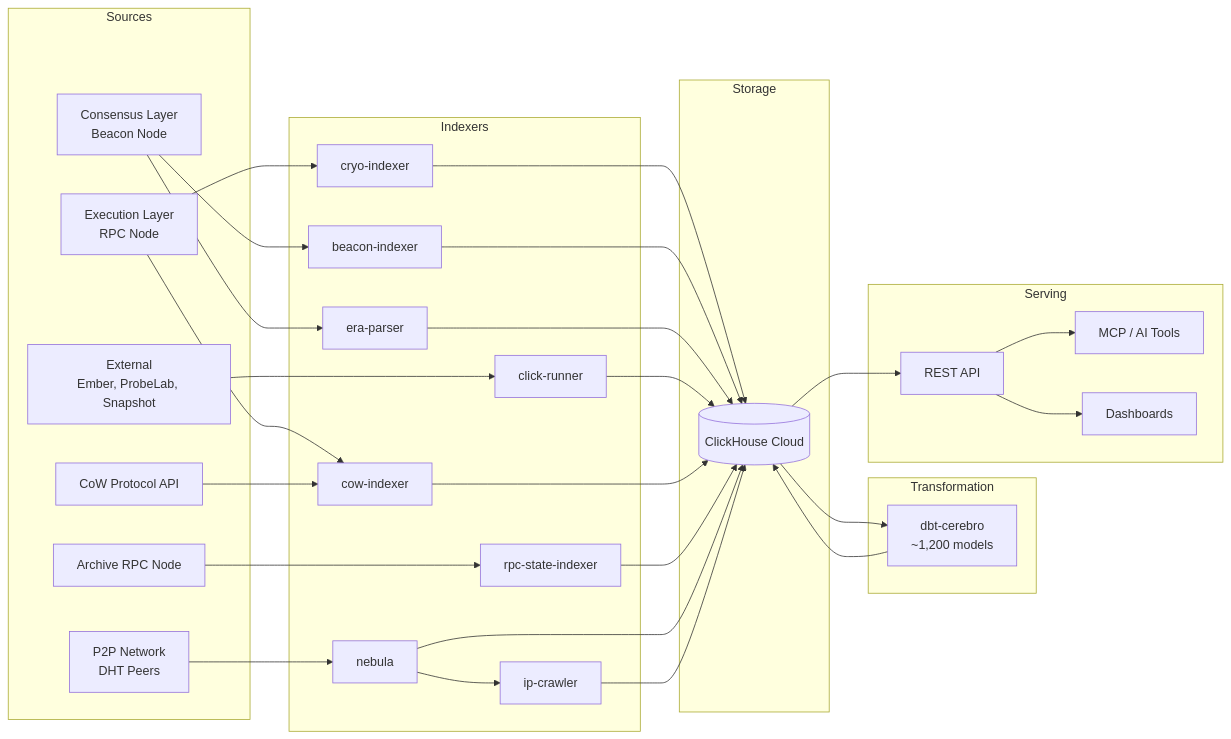
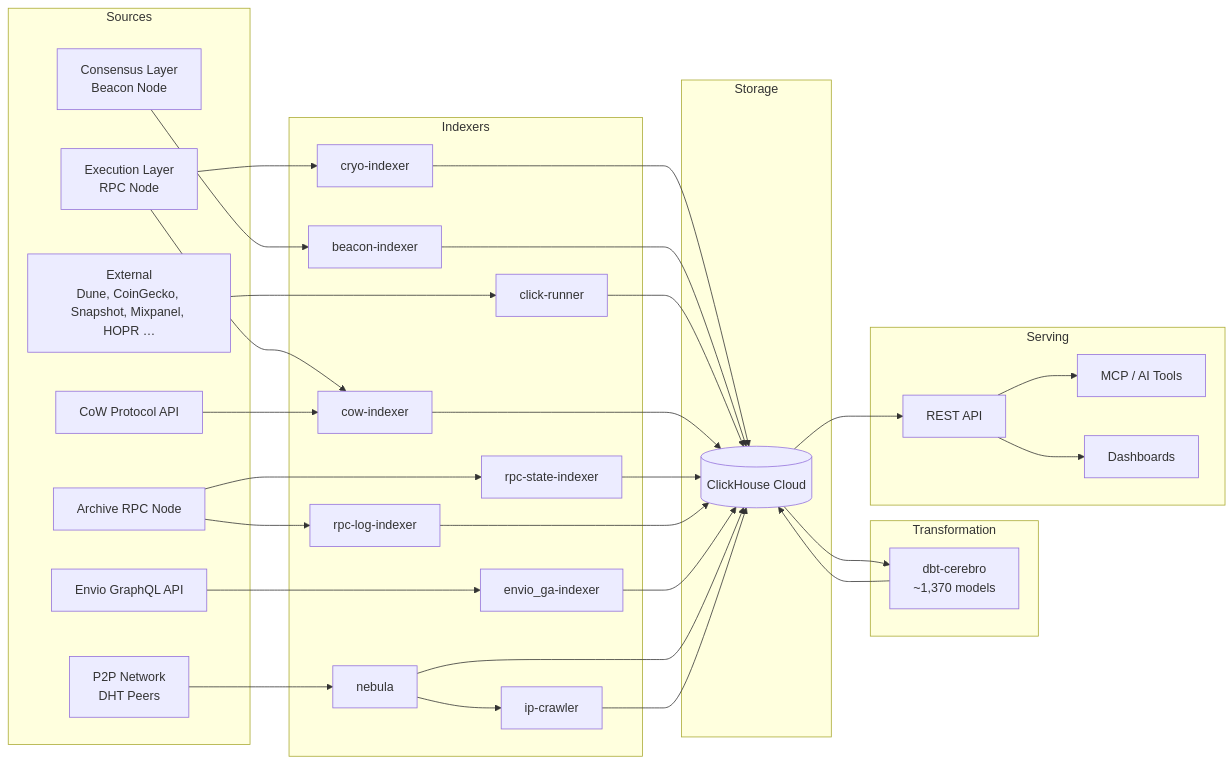
One commit to gnosischain/cerebro-docs changed the diagram in docs/data-pipeline/ingestion/index.md. Above: the diagram before and after it, drawn with Mermaid. The commit also changed other lines of this file and 37 other files, not shown here.

````diff
--- a/docs/data-pipeline/ingestion/index.md
+++ b/docs/data-pipeline/ingestion/index.md
@@ -9,62 +11,66 @@
 ```mermaid
 graph LR
     subgraph Sources
         EL[Execution Layer<br/>RPC Node]
         CL[Consensus Layer<br/>Beacon Node]
         P2P[P2P Network<br/>DHT Peers]
-        EXT[External<br/>Ember, ProbeLab, Snapshot]
+        EXT[External<br/>Dune, CoinGecko, Snapshot, Mixpanel, HOPR …]
         COWAPI[CoW Protocol API]
         ARC[Archive RPC Node]
+        GQL[Envio GraphQL API]
     end
 
     subgraph Indexers
         CRYO[cryo-indexer]
         BEACON[beacon-indexer]
-        ERA[era-parser]
         CR[click-runner]
         COWIDX[cow-indexer]
         RPCSI[rpc-state-indexer]
+        RPCL[rpc-log-indexer]
+        ENV[envio_ga-indexer]
         NEB[nebula]
         IPC[ip-crawler]
     end
 
     subgraph Storage
         CH[(ClickHouse Cloud)]
     end
 
     subgraph Transformation
-        DBT[dbt-cerebro<br/>~1,200 models]
+        DBT[dbt-cerebro<br/>~1,370 models]
     end
 
     subgraph Serving
         API[REST API]
         MCP[MCP / AI Tools]
         DASH[Dashboards]
     end
 
     EL --> CRYO
     CL --> BEACON
-    CL --> ERA
     EXT --> CR
     EL --> COWIDX
     COWAPI --> COWIDX
     ARC --> RPCSI
+    ARC --> RPCL
+    GQL --> ENV
     P2P --> NEB
     NEB --> IPC
 
     CRYO --> CH
     BEACON --> CH
-    ERA --> CH
     CR --> CH
     COWIDX --> CH
     RPCSI --> CH
+    RPCL --> CH
+    ENV --> CH
     NEB --> CH
     IPC --> CH
 
     CH --> DBT
     DBT --> CH
 
     CH --> API
     API --> MCP
     API --> DASH
 ```
````
